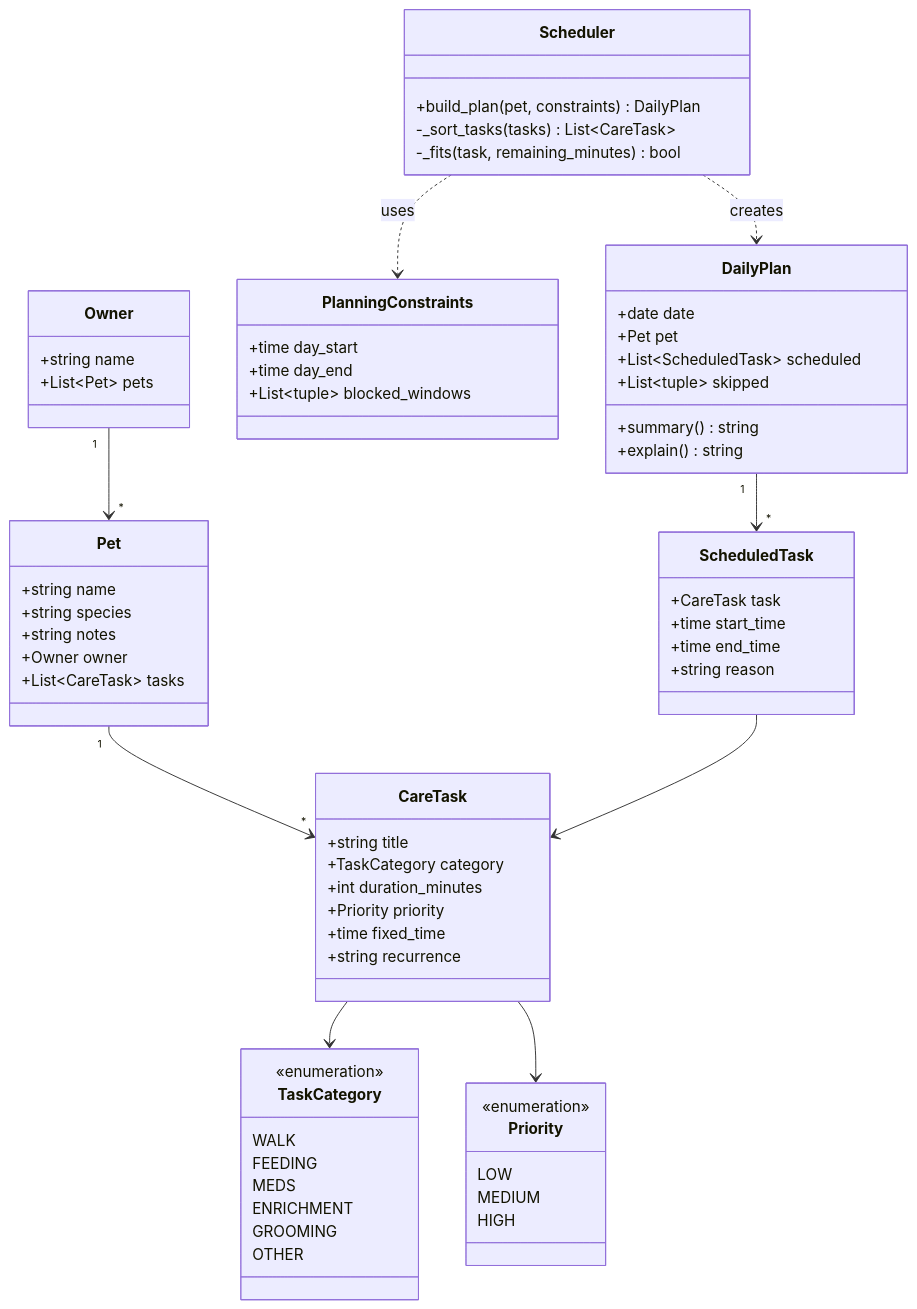
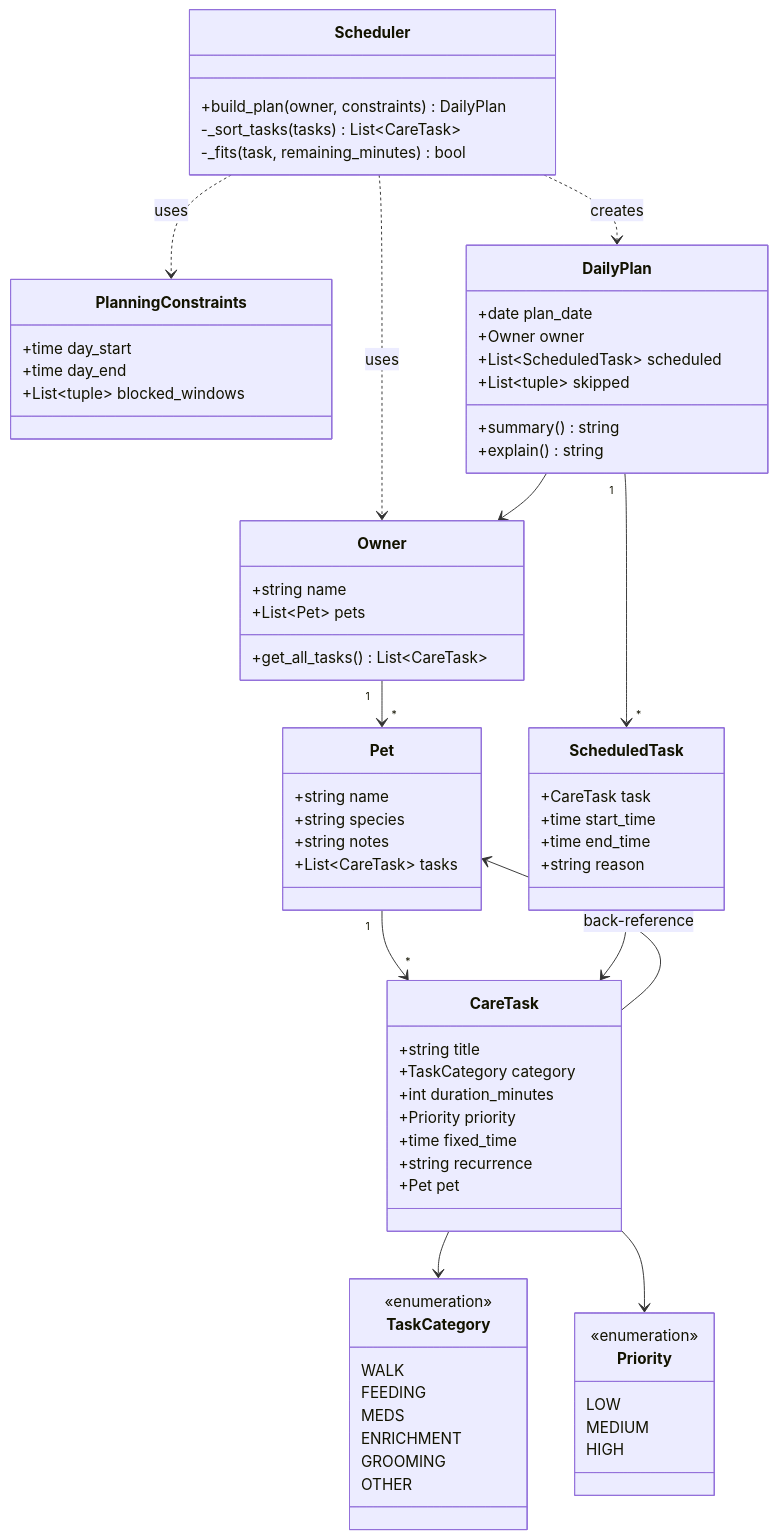
The diagram in diagrams/uml.mmd (melanieChan/ai110-module2show-pawpal-starter), drawn with Mermaid before and after one commit. The commit also changed 1 other file, not shown here.

```diff
--- a/diagrams/uml.mmd
+++ b/diagrams/uml.mmd
@@ -1,76 +1,80 @@
 classDiagram
     class Owner {
         +string name
         +List~Pet~ pets
+        +get_all_tasks() List~CareTask~
     }
 
     class Pet {
         +string name
         +string species
         +string notes
-        +Owner owner
         +List~CareTask~ tasks
     }
 
     class TaskCategory {
         <<enumeration>>
         WALK
         FEEDING
         MEDS
         ENRICHMENT
         GROOMING
         OTHER
     }
 
     class Priority {
         <<enumeration>>
         LOW
         MEDIUM
         HIGH
     }
 
     class CareTask {
         +string title
         +TaskCategory category
         +int duration_minutes
         +Priority priority
         +time fixed_time
         +string recurrence
+        +Pet pet
     }
 
     class PlanningConstraints {
         +time day_start
         +time day_end
         +List~tuple~ blocked_windows
     }
 
     class Scheduler {
-        +build_plan(pet, constraints) DailyPlan
+        +build_plan(owner, constraints) DailyPlan
         -_sort_tasks(tasks) List~CareTask~
         -_fits(task, remaining_minutes) bool
     }
 
     class ScheduledTask {
         +CareTask task
         +time start_time
         +time end_time
         +string reason
     }
 
     class DailyPlan {
-        +date date
-        +Pet pet
+        +date plan_date
+        +Owner owner
         +List~ScheduledTask~ scheduled
         +List~tuple~ skipped
         +summary() string
         +explain() string
     }
 
     Owner "1" --> "*" Pet
     Pet "1" --> "*" CareTask
+    CareTask --> Pet : back-reference
     CareTask --> TaskCategory
     CareTask --> Priority
+    Scheduler ..> Owner : uses
     Scheduler ..> PlanningConstraints : uses
     Scheduler ..> DailyPlan : creates
     DailyPlan "1" --> "*" ScheduledTask
+    DailyPlan --> Owner
     ScheduledTask --> CareTask
```
